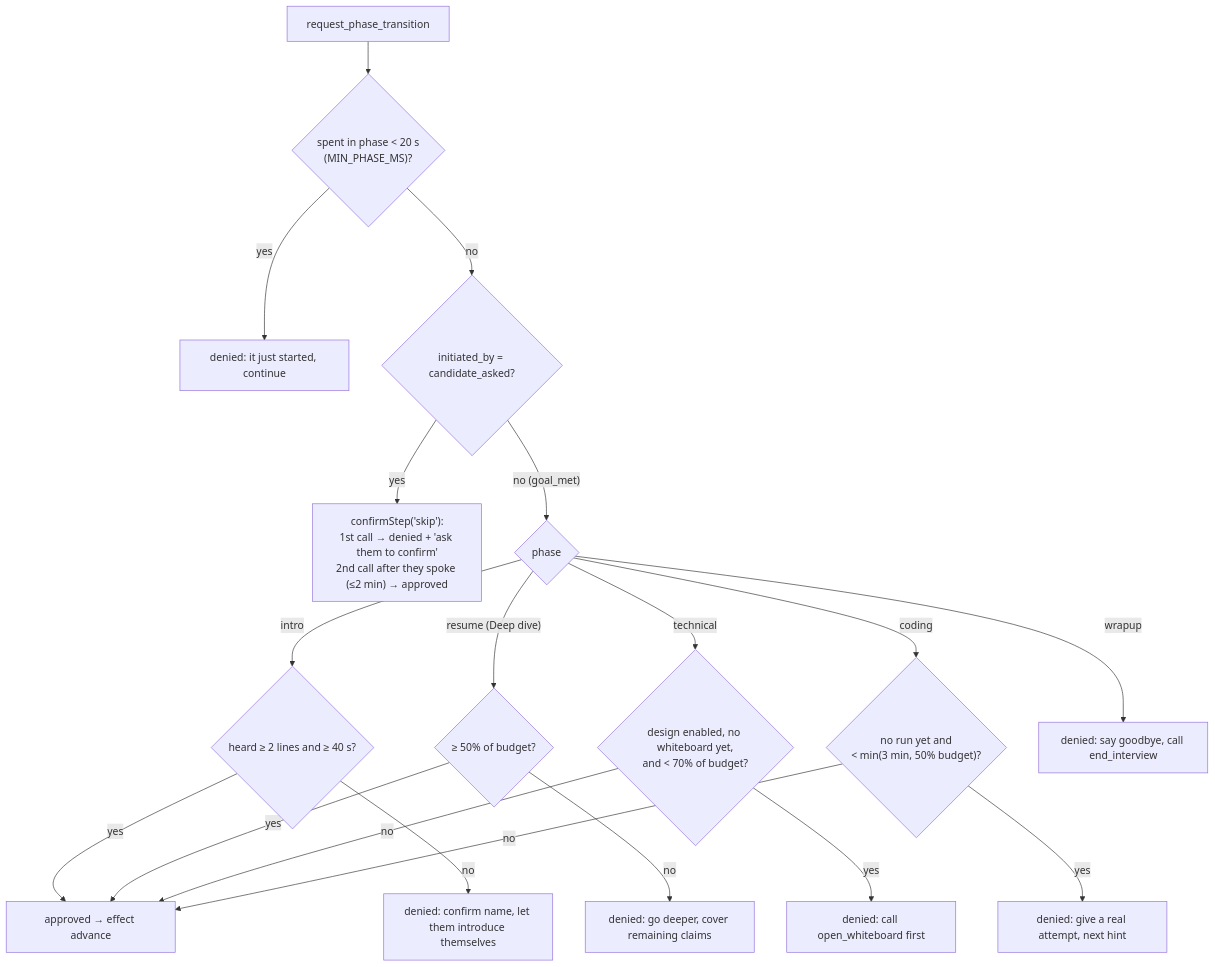
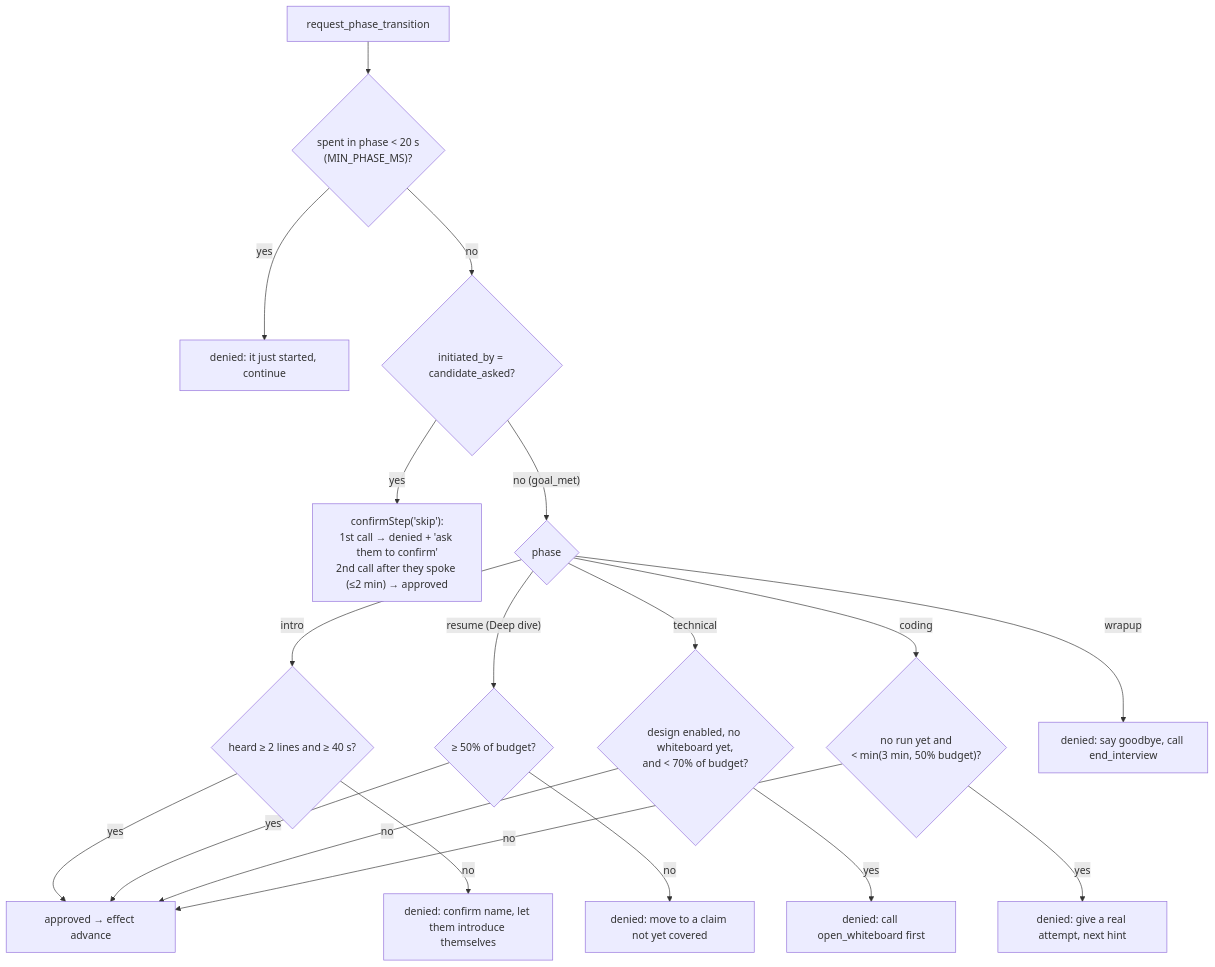
One commit to GitNimay/HirelyAi changed the sixth of 12 diagrams in docs/ai-interview-flow.md. Above: the diagram before and after it, drawn with Mermaid. The commit also changed other lines of this file and 7 other files, not shown here.

````diff
--- a/docs/ai-interview-flow.md
+++ b/docs/ai-interview-flow.md
@@ -240,21 +251,21 @@
 ```mermaid
 flowchart TD
     Q["request_phase_transition"] --> M{"spent in phase < 20 s<br/>(MIN_PHASE_MS)?"}
     M -->|yes| N0["denied: it just started, continue"]
     M -->|no| CA{"initiated_by = candidate_asked?"}
     CA -->|yes| CS["confirmStep('skip'):<br/>1st call → denied + 'ask them to confirm'<br/>2nd call after they spoke (≤2 min) → approved"]
     CA -->|"no (goal_met)"| PH{"phase"}
     PH -->|intro| I1{"heard ≥ 2 lines and ≥ 40 s?"}
     PH -->|"resume (Deep dive)"| R1{"≥ 50% of budget?"}
     PH -->|technical| T1{"design enabled, no whiteboard yet,<br/>and < 70% of budget?"}
     PH -->|coding| C1{"no run yet and<br/>< min(3 min, 50% budget)?"}
     PH -->|wrapup| W1["denied: say goodbye, call end_interview"]
     I1 -->|yes| OK["approved → effect advance"]
     I1 -->|no| N1["denied: confirm name, let them introduce themselves"]
     R1 -->|yes| OK
-    R1 -->|no| N2["denied: go deeper, cover remaining claims"]
+    R1 -->|no| N2["denied: move to a claim not yet covered"]
     T1 -->|yes| N3["denied: call open_whiteboard first"]
     T1 -->|no| OK
     C1 -->|yes| N4["denied: give a real attempt, next hint"]
     C1 -->|no| OK
 ```
````
